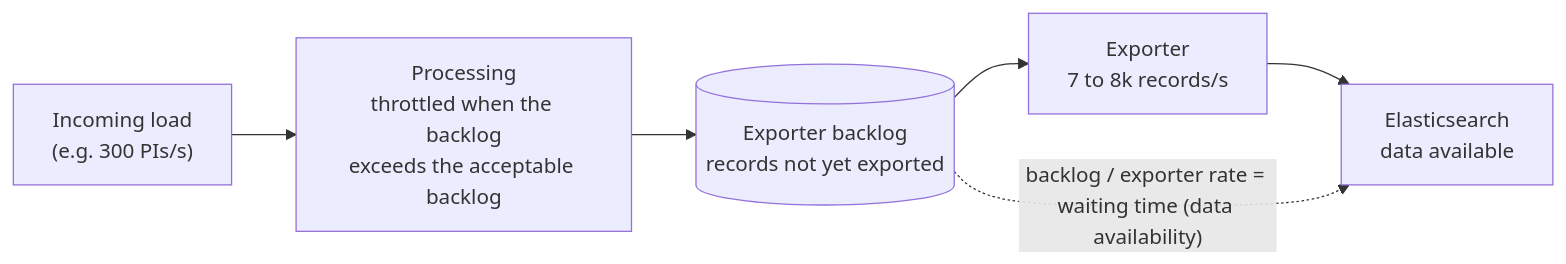
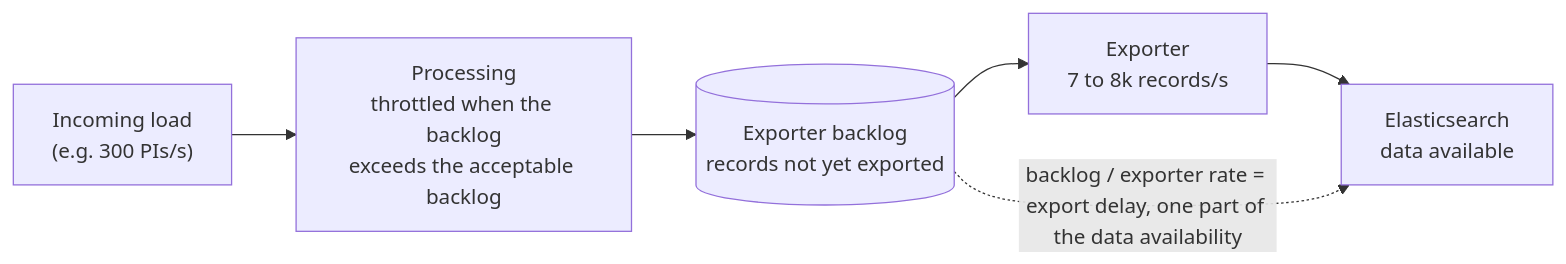
One commit to zeebe-io/zeebe-chaos changed the first of 7 diagrams in chaos-days/blog/2026-10-15-Experiment-with-flow-control/index.md. Above: the diagram before and after it, drawn with Mermaid. The commit also changed other lines of this file, not shown here.

First line of the commit message:
blog: say that the export delay is only part of the data availability

````diff
--- a/chaos-days/blog/2026-10-15-Experiment-with-flow-control/index.md
+++ b/chaos-days/blog/2026-10-15-Experiment-with-flow-control/index.md
@@ -35,8 +35,8 @@
 ```mermaid
 flowchart LR
     A["Incoming load<br/>(e.g. 300 PIs/s)"] --> B["Processing<br/>throttled when the backlog<br/>exceeds the acceptable backlog"]
     B --> C[("Exporter backlog<br/>records not yet exported")]
     C --> D["Exporter<br/>7 to 8k records/s"]
     D --> E["Elasticsearch<br/>data available"]
-    C -. "backlog / exporter rate = waiting time (data availability)" .-> E
+    C -. "backlog / exporter rate = export delay, one part of the data availability" .-> E
 ```
````
